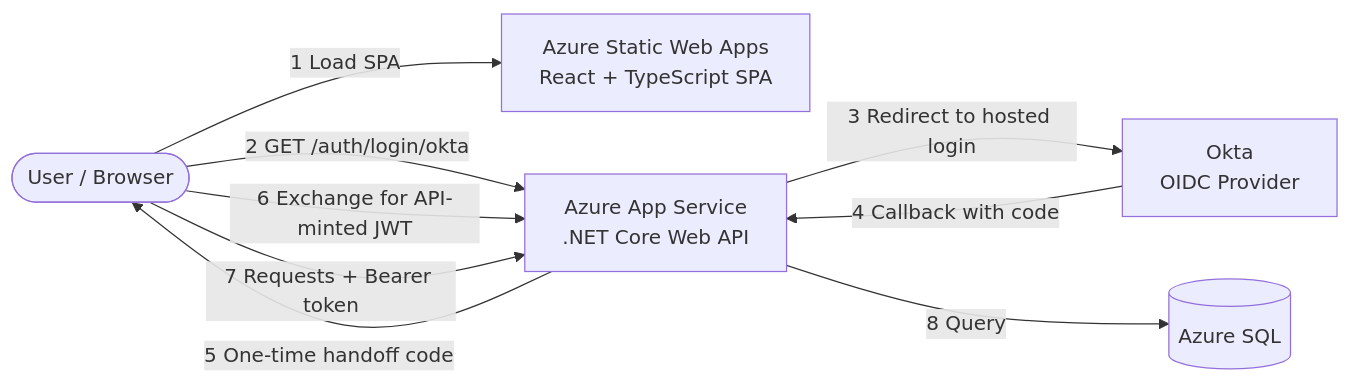
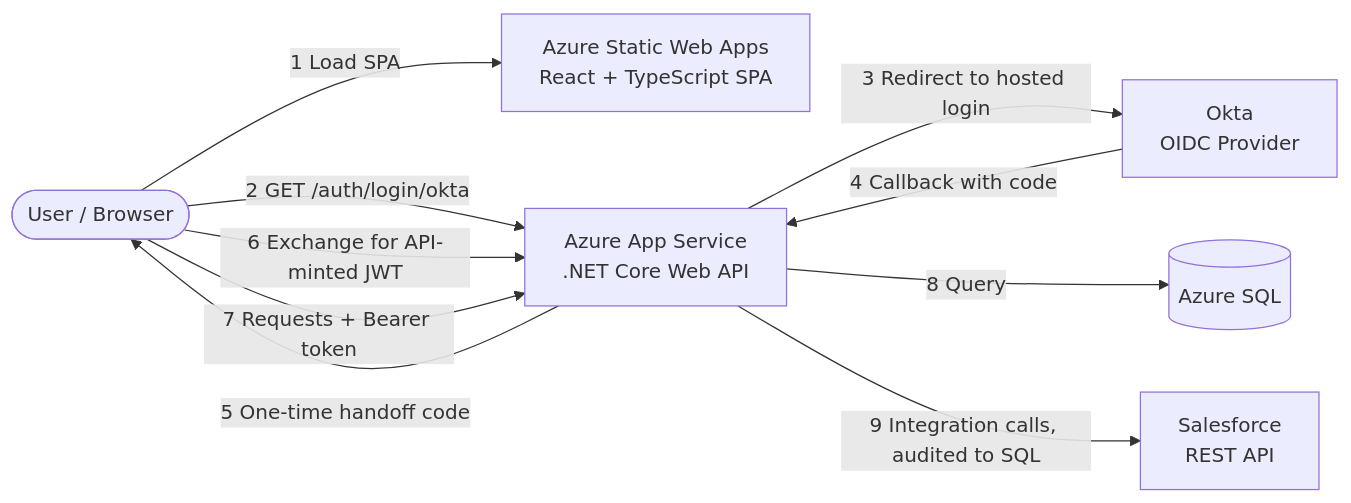
Before and after one commit to IainBowler/IntegrationDashboard: the diagram in README.md, drawn with Mermaid. The commit also changed other lines of this file, not shown here.

````diff
--- a/README.md
+++ b/README.md
@@ -22,17 +30,19 @@
 ```mermaid
 graph LR
     User([User / Browser])
     Okta[Okta<br/>OIDC Provider]
     SWA[Azure Static Web Apps<br/>React + TypeScript SPA]
     API[Azure App Service<br/>.NET Core Web API]
     DB[(Azure SQL)]
+    SF[Salesforce<br/>REST API]
 
     User -->|1 Load SPA| SWA
     User -->|2 GET /auth/login/okta| API
     API -->|3 Redirect to hosted login| Okta
     Okta -->|4 Callback with code| API
     API -->|5 One-time handoff code| User
     User -->|6 Exchange for API-minted JWT| API
     User -->|7 Requests + Bearer token| API
     API -->|8 Query| DB
+    API -->|9 Integration calls, audited to SQL| SF
 ```
````
